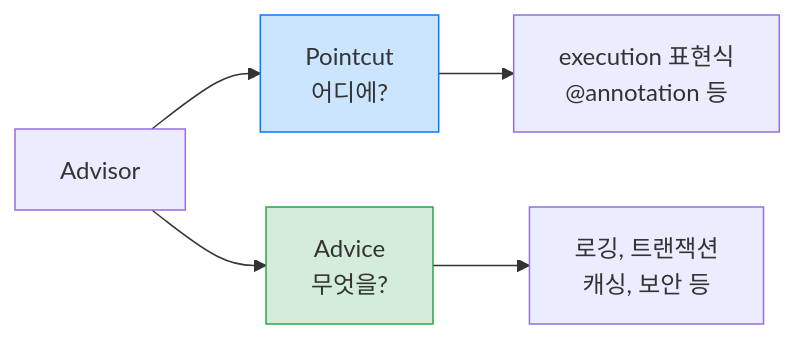
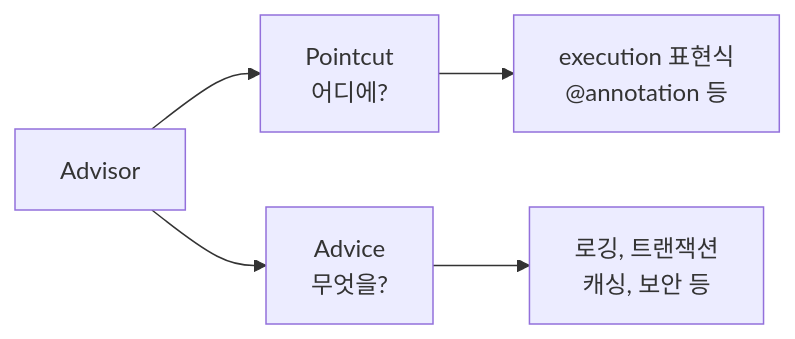
Before and after one commit to yjkim2015/yjkim2015.github.io: the seventh of 11 diagrams in _posts/spring/2026-05-02-spring-core-advanced.md, drawn with Mermaid. The commit also changed other lines of this file and 215 other files, not shown here.

First line of the commit message:
신규 포스트 10개 추가 + Mermaid 전면 축소 + SystemDesign 시리즈 보강

````diff
--- a/_posts/spring/2026-05-02-spring-core-advanced.md
+++ b/_posts/spring/2026-05-02-spring-core-advanced.md
@@ -518,12 +480,7 @@
 ```mermaid
 graph LR
     A["Advisor"] --> B["Pointcut\n어디에?"]
     A --> C["Advice\n무엇을?"]
     B --> D["execution 표현식\n@annotation 등"]
     C --> E["로깅, 트랜잭션\n캐싱, 보안 등"]
-
-    classDef blue fill:#cce5ff,stroke:#007bff
-    classDef green fill:#d4edda,stroke:#28a745
-    class B blue
-    class C green
 ```
````
